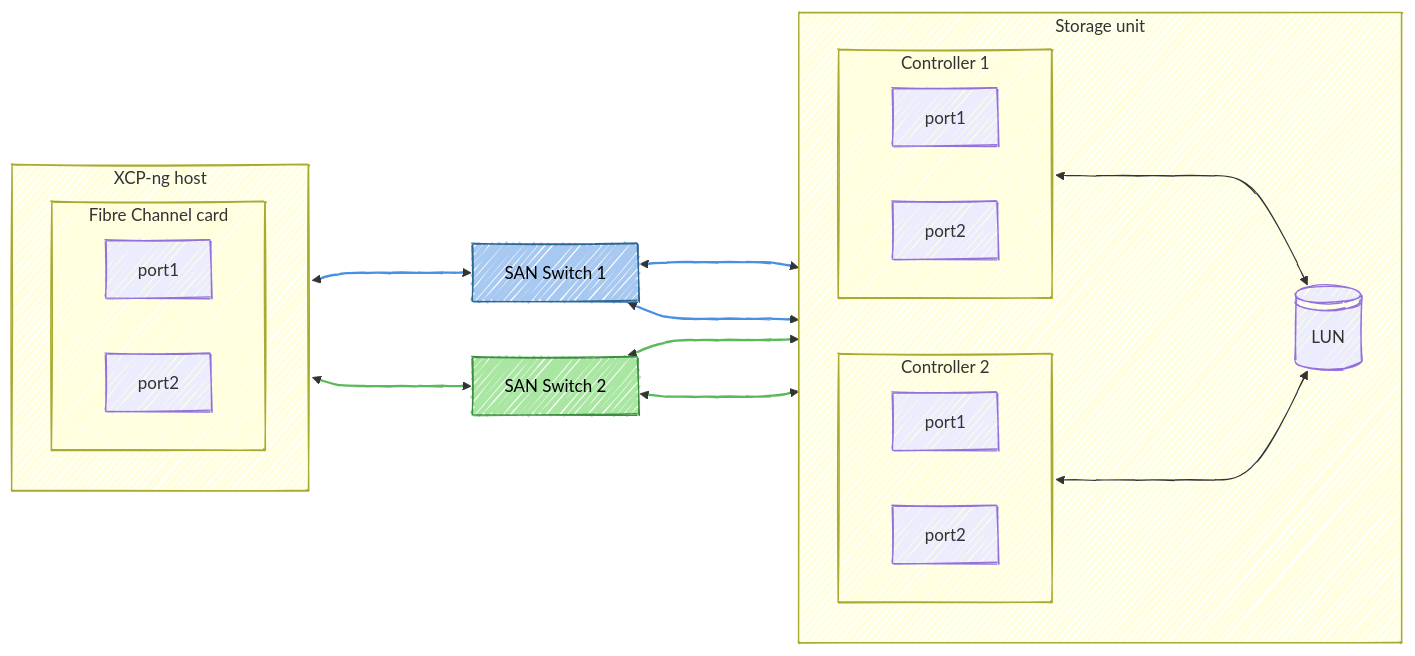
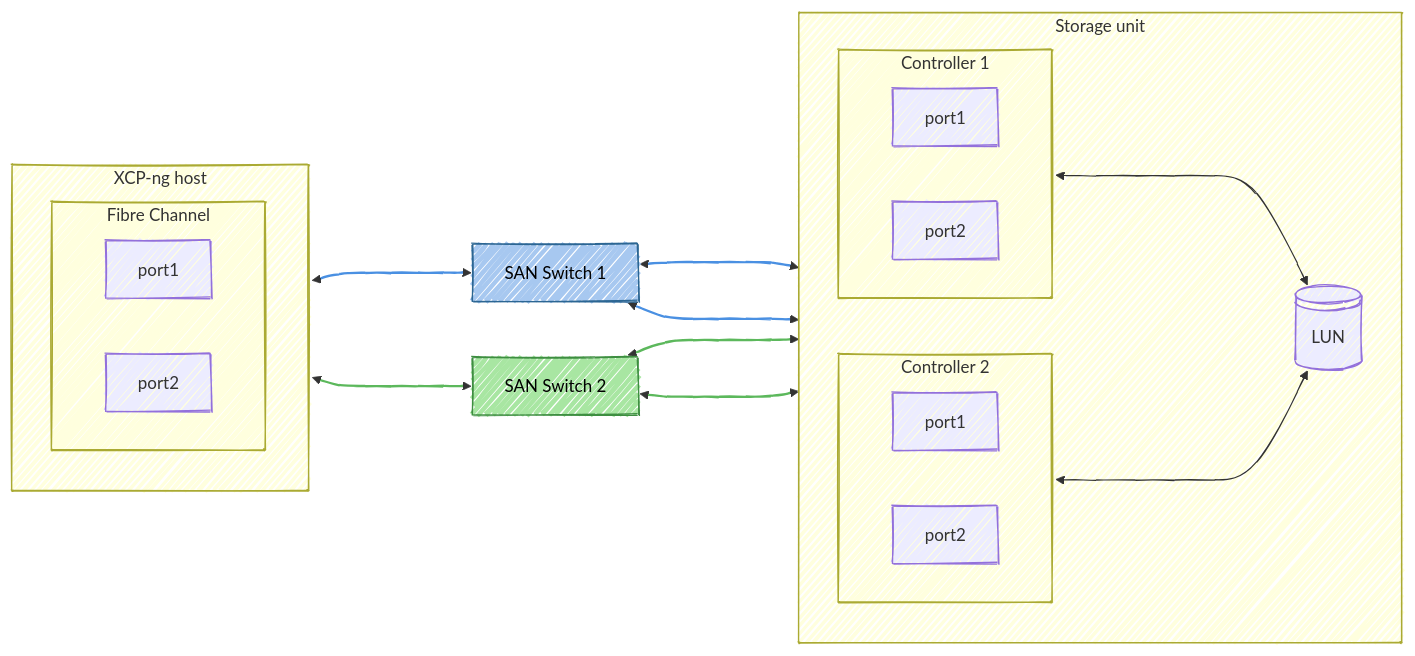
One commit to xcp-ng/xcp-ng-org changed the second of 2 diagrams in docs/storage/multipathing.md. Above: the diagram before and after it, drawn with Mermaid. The commit also changed other lines of this file, not shown here.

````diff
--- a/docs/storage/multipathing.md
+++ b/docs/storage/multipathing.md
@@ -199,57 +209,57 @@
 ```mermaid
 ---
 config:
   look: handDrawn
   theme: default
 ---
 flowchart LR
   classDef blueNode fill:#A7C8F0,stroke:#2C6693,color:#000000;
   classDef greenNode fill:#A8E6A2,stroke:#3E8E41,color:#000000;
   classDef grayNode fill:#D6D6D6,stroke:#8C8C8C,color:#000000;
 
   subgraph server[XCP-ng host]
     direction LR
-    subgraph Card1[Fibre Channel card]
+    subgraph Card1[Fibre Channel]
         direction RL
         card1port1[port1]
         card1port2[port2]
     end
   end
 
   subgraph storage[Storage unit]
   direction LR
     subgraph ctrl2[Controller 2]
         direction RL
         ctrl2-port1[port1]
         ctrl2-port2[port2]
     end
     subgraph ctrl1[Controller 1]
         direction RL
         ctrl1-port1[port1]
         ctrl1-port2[port2]
     end
     lun1@{ shape: lin-cyl, label: "LUN" }
 
   end
 
   vlan421[SAN Switch 1]:::blueNode
   vlan422[SAN Switch 2]:::greenNode
 
   card1port1<---->vlan421
   vlan421<---->ctrl1-port1
   vlan421<---->ctrl2-port1
 
   card1port2<---->vlan422
   vlan422<---->ctrl1-port2
   vlan422<---->ctrl2-port2
 
   ctrl1 <----> lun1
   ctrl2 <----> lun1
 
 linkStyle 0 stroke:#4A90E2,stroke-width:2px;
 linkStyle 1 stroke:#4A90E2,stroke-width:2px;
 linkStyle 2 stroke:#4A90E2,stroke-width:2px;
 linkStyle 3 stroke:#5CB85C,stroke-width:2px;
 linkStyle 4 stroke:#5CB85C,stroke-width:2px;
 linkStyle 5 stroke:#5CB85C,stroke-width:2px;
 ```
````
